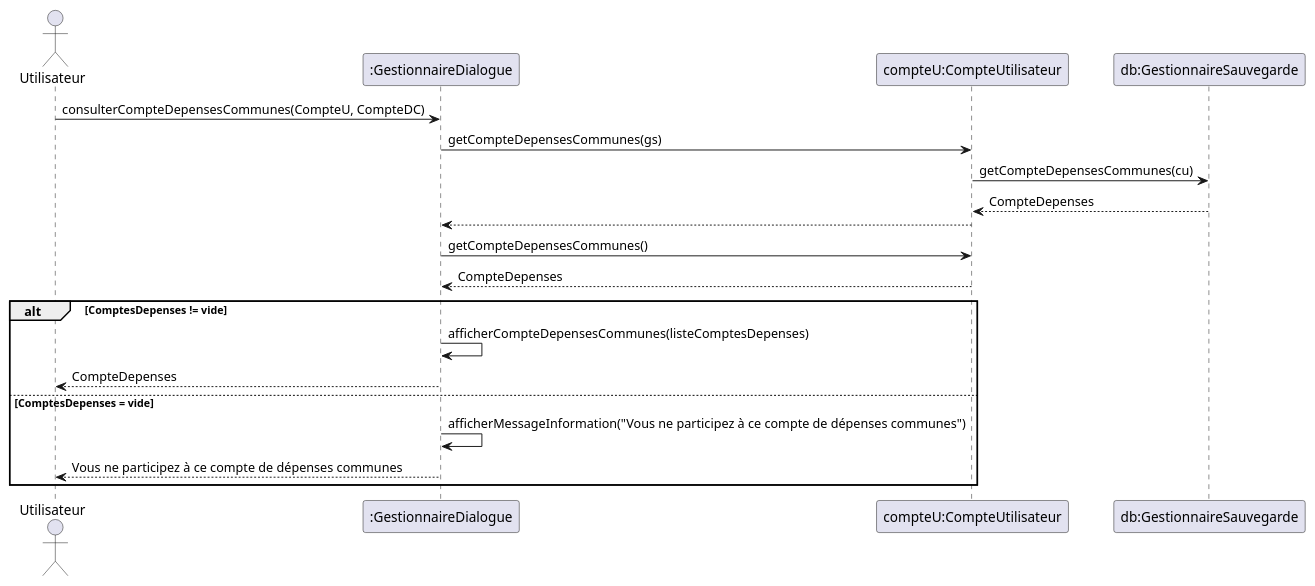
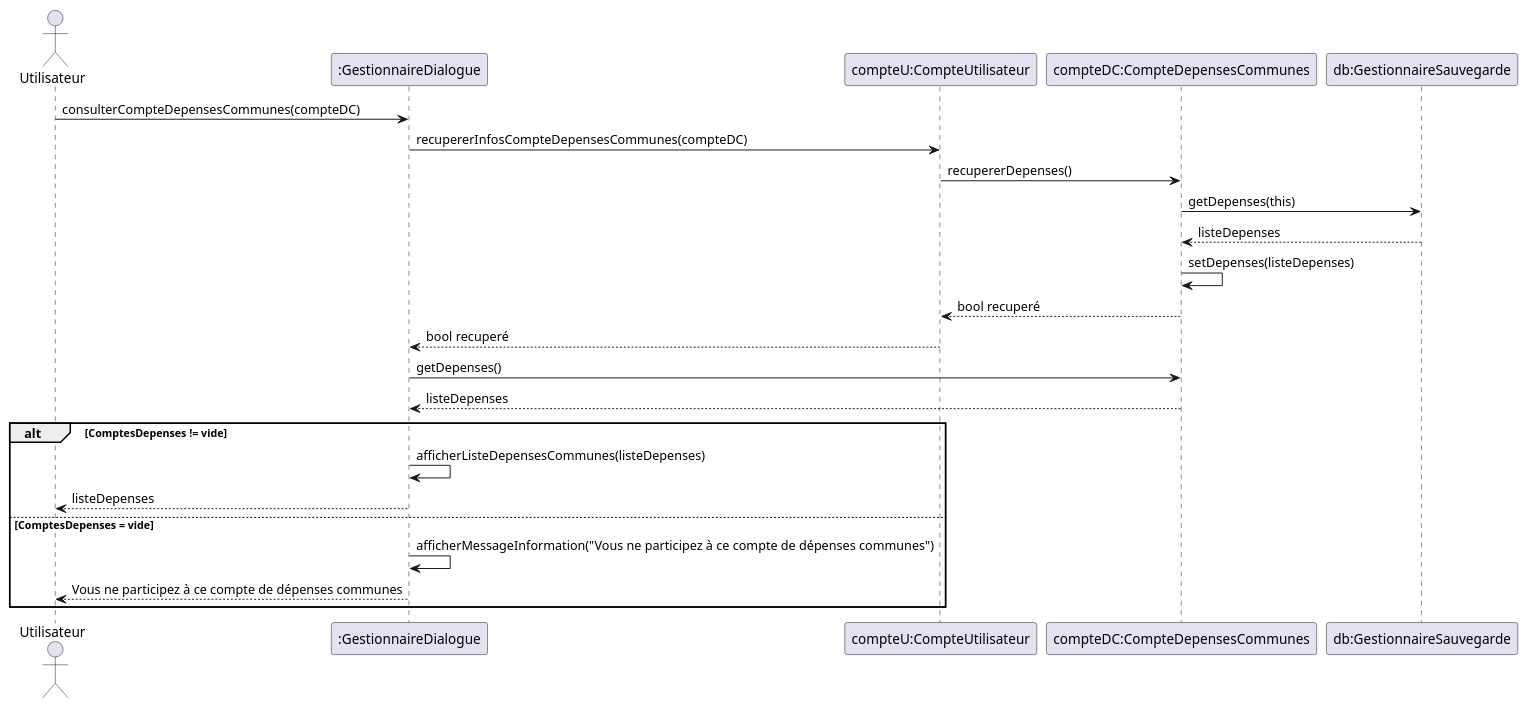
Before and after one commit to lmtb06/sharecount: the diagram in diagrammes/conception/consulter-compte-depenses.puml, drawn with PlantUML. The commit also changed 10 other files, not shown here.

Commit message:
-Modification des diagrammes de séquences -Mise à jour du diagramme de classe -Ajout de ComptePersonnel

```diff
--- a/diagrammes/conception/consulter-compte-depenses.puml
+++ b/diagrammes/conception/consulter-compte-depenses.puml
@@ -1,30 +1,27 @@
 @startuml  Consulter un compte de dépenses
-
-'actor utilisateur as user
-'participant GestionnaireDialogue as gd
-'participant BaseDonnees as bd
-
-'user 	-> gd 	: Compte de dépenses communes
-'gd 		-> bd 	: GetDepenses(idCompteDepenses)
-'user 	<- gd 	: Liste des dépenses du compte affichant le motif,\n la date de la dépense, la somme, les participants concernés ainsi que leur part dans la dépense
 
 actor "Utilisateur" as us
 participant ":GestionnaireDialogue" as gd
 participant "compteU:CompteUtilisateur" as cu
+participant "compteDC:CompteDepensesCommunes" as cd
 participant "db:GestionnaireSauvegarde" as gs
 
-us 	-> 	gd 	: consulterCompteDepensesCommunes(CompteU, CompteDC)
-gd 	-> 	cu 	: getCompteDepensesCommunes(gs)
-cu 	->	gs 	: getCompteDepensesCommunes(cu)
-gs 	--> cu 	: CompteDepenses
-cu 	--> gd 	:
-gd 	-> 	cu 	: getCompteDepensesCommunes()
-cu 	--> gd 	: CompteDepenses
+us 	-> 	gd 	: consulterCompteDepensesCommunes(compteDC)
+gd 	-> 	cu 	: recupererInfosCompteDepensesCommunes(compteDC)
+cu 	-> cd 	: recupererDepenses()
+cd 	->	gs 	: getDepenses(this)
+gs 	--> cd 	: listeDepenses
+cd 	-> 	cd 	: setDepenses(listeDepenses)
+cd 	--> cu 	: bool recuperé
+cu 	--> gd 	: bool recuperé
+' TODO Verifier que la récupération a marché avant de continuer
+gd 	-> 	cd 	: getDepenses()
+cd 	--> gd 	: listeDepenses
 alt ComptesDepenses != vide
-gd 	->	gd 	: afficherCompteDepensesCommunes(listeComptesDepenses)
-gd 	-->	us 	: CompteDepenses
+gd 	->	gd 	: afficherListeDepensesCommunes(listeDepenses)
+gd 	-->	us 	: listeDepenses
 else ComptesDepenses = vide
 gd 	-> 	gd  : afficherMessageInformation("Vous ne participez à ce compte de dépenses communes")
 gd 	-->	us 	: Vous ne participez à ce compte de dépenses communes
 end
 @enduml
```
